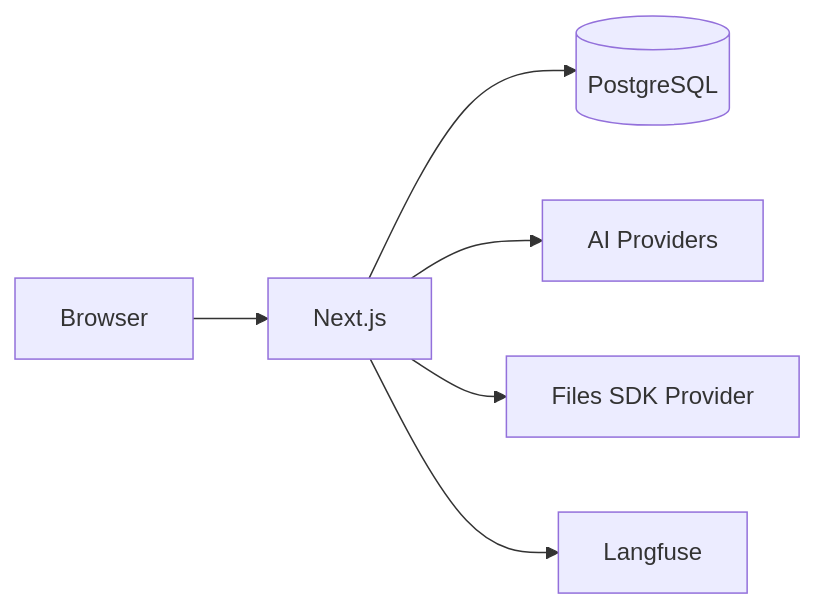
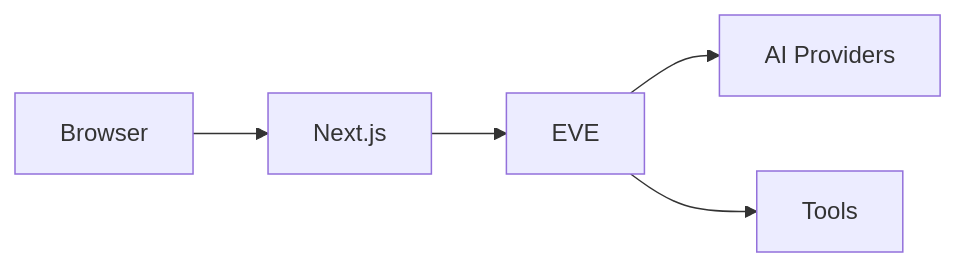
Before and after one commit to FranciscoMoretti/chat-js: the first of 2 diagrams in apps/docs/core/architecture.mdx, drawn with Mermaid. The commit also changed other lines of this file and 8 other files, not shown here.

Commit message:
docs: align setup and architecture with EVE runtime

````diff
--- a/apps/docs/core/architecture.mdx
+++ b/apps/docs/core/architecture.mdx
@@ -8,8 +8,7 @@
 ```mermaid
 flowchart LR
-    Client[Browser] --> App[Next.js]
-    App --> DB[(PostgreSQL)]
-    App --> AI[AI Providers]
-    App --> Storage[Files SDK Provider]
-    App --> Observability[Langfuse]
+    Browser[Browser] --> App[Next.js]
+    App --> Eve[EVE]
+    Eve --> AI[AI Providers]
+    Eve --> Tools[Tools]
 ```
````
